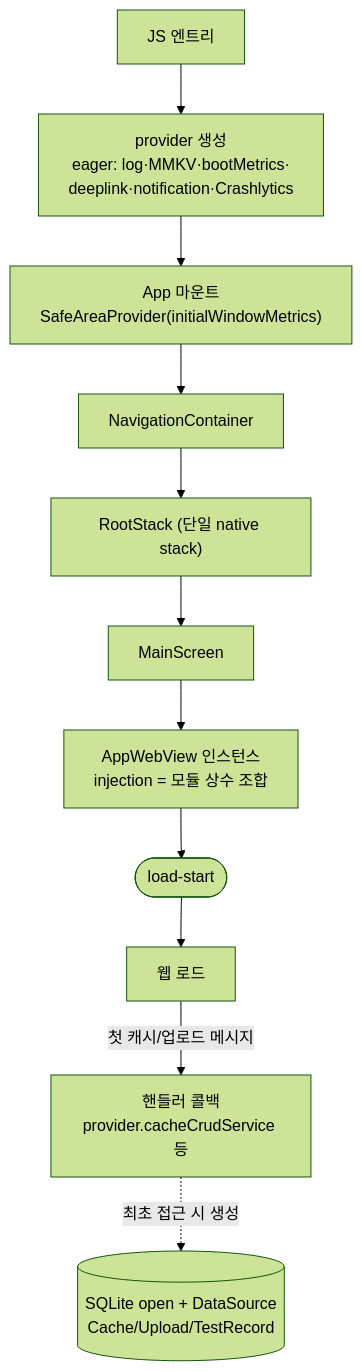
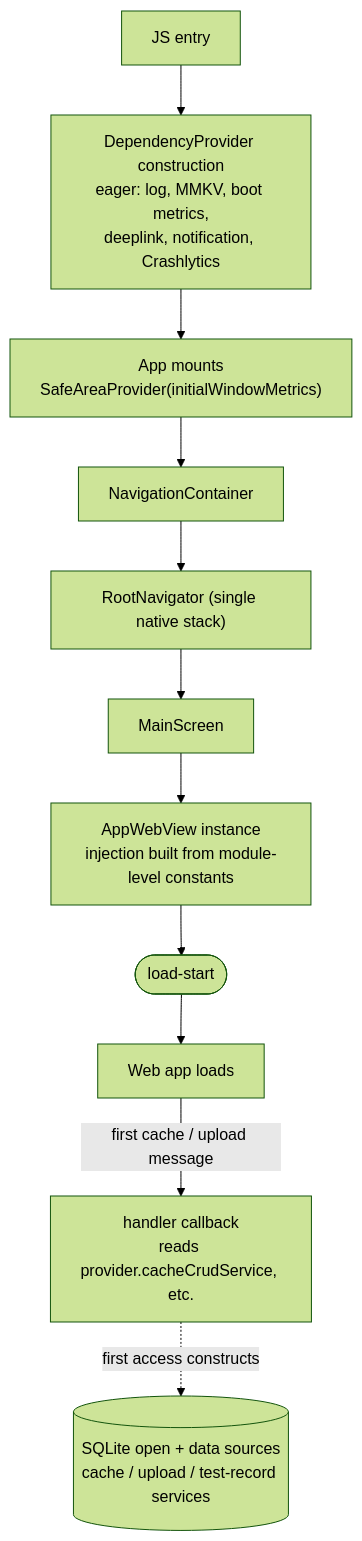
Before and after one commit to lemoncloud-io/dou-app: the diagram in apps/mobile/docs/boot-optimization.md, drawn with Mermaid (forest theme). The commit also changed other lines of this file, not shown here.

First line of the commit message:
docs(mobile): rewrite the boot-optimization doc in english

````diff
--- a/apps/mobile/docs/boot-optimization.md
+++ b/apps/mobile/docs/boot-optimization.md
@@ -79,13 +11,13 @@
 ```mermaid
 flowchart TD
-    JS[JS 엔트리] --> P["provider 생성<br/>eager: log·MMKV·bootMetrics·<br/>deeplink·notification·Crashlytics"]
-    P --> APP["App 마운트<br/>SafeAreaProvider(initialWindowMetrics)"]
+    JS[JS entry] --> P["DependencyProvider construction<br/>eager: log, MMKV, boot metrics,<br/>deeplink, notification, Crashlytics"]
+    P --> APP["App mounts<br/>SafeAreaProvider(initialWindowMetrics)"]
     APP --> NC[NavigationContainer]
-    NC --> RS["RootStack (단일 native stack)"]
+    NC --> RS["RootNavigator (single native stack)"]
     RS --> MS[MainScreen]
-    MS --> WV["AppWebView 인스턴스<br/>injection = 모듈 상수 조합"]
+    MS --> WV["AppWebView instance<br/>injection built from module-level constants"]
     WV --> LS([load-start])
-    LS --> WEB[웹 로드]
-    WEB -->|"첫 캐시/업로드 메시지"| H["핸들러 콜백<br/>provider.cacheCrudService 등"]
-    H -.최초 접근 시 생성.-> L[("SQLite open + DataSource<br/>Cache/Upload/TestRecord")]
+    LS --> WEB[Web app loads]
+    WEB -->|"first cache / upload message"| H["handler callback<br/>reads provider.cacheCrudService, etc."]
+    H -.first access constructs.-> L[("SQLite open + data sources<br/>cache / upload / test-record services")]
 ```
````
